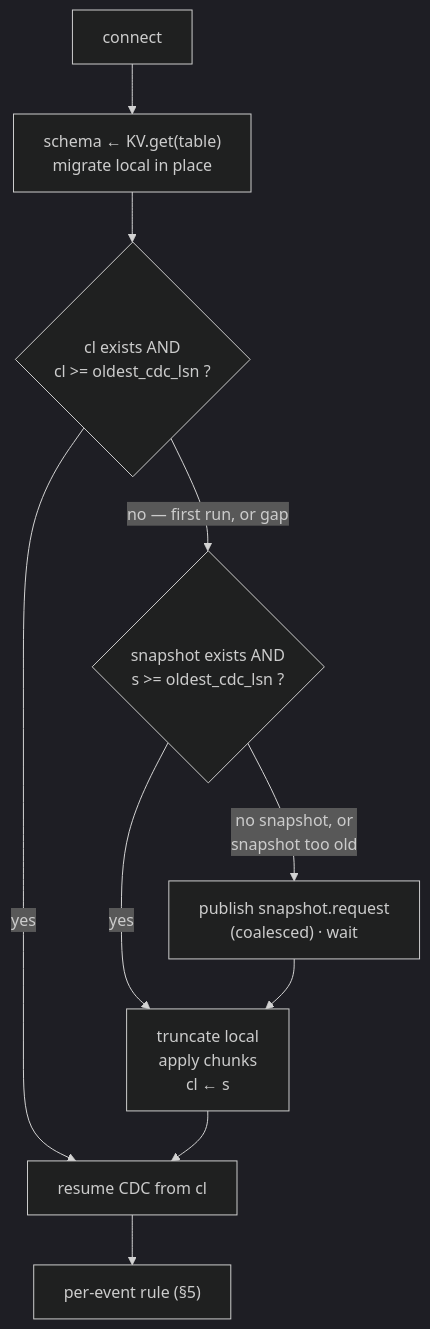
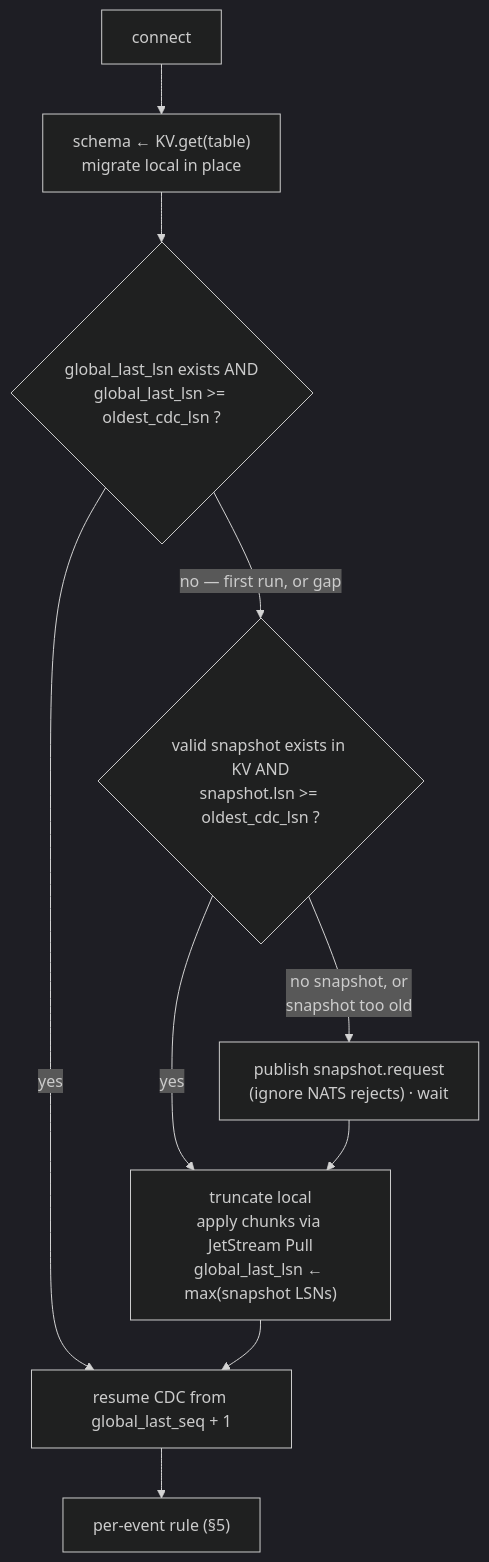
Before and after one commit to ndrean/ZeBridge: the fourth of 4 diagrams in PROTOCOL.md, drawn with Mermaid (dark theme). The commit also changed other lines of this file and 22 other files, not shown here.

````diff
--- a/PROTOCOL.md
+++ b/PROTOCOL.md
@@ -432,12 +425,12 @@
 ```mermaid
 flowchart TD
     A[connect] --> B["schema ← KV.get(table)<br/>migrate local in place"]
-    B --> C{"cl exists AND<br/>cl >= oldest_cdc_lsn ?"}
-    C -->|yes| Z["resume CDC from cl"]
-    C -->|"no — first run, or gap"| D{"snapshot exists AND<br/>s >= oldest_cdc_lsn ?"}
-    D -->|yes| E["truncate local<br/>apply chunks<br/>cl ← s"]
-    D -->|"no snapshot, or<br/>snapshot too old"| F["publish snapshot.request<br/>(coalesced) · wait"]
+    B --> C{"global_last_lsn exists AND<br/>global_last_lsn >= oldest_cdc_lsn ?"}
+    C -->|yes| Z["resume CDC from global_last_seq + 1"]
+    C -->|"no — first run, or gap"| D{"valid snapshot exists in KV AND<br/>snapshot.lsn >= oldest_cdc_lsn ?"}
+    D -->|yes| E["truncate local<br/>apply chunks via JetStream Pull<br/>global_last_lsn ← max(snapshot LSNs)"]
+    D -->|"no snapshot, or<br/>snapshot too old"| F["publish snapshot.request<br/>(ignore NATS rejects) · wait"]
     F --> E
     E --> Z
     Z --> Y["per-event rule (§5)"]
 ```
````
